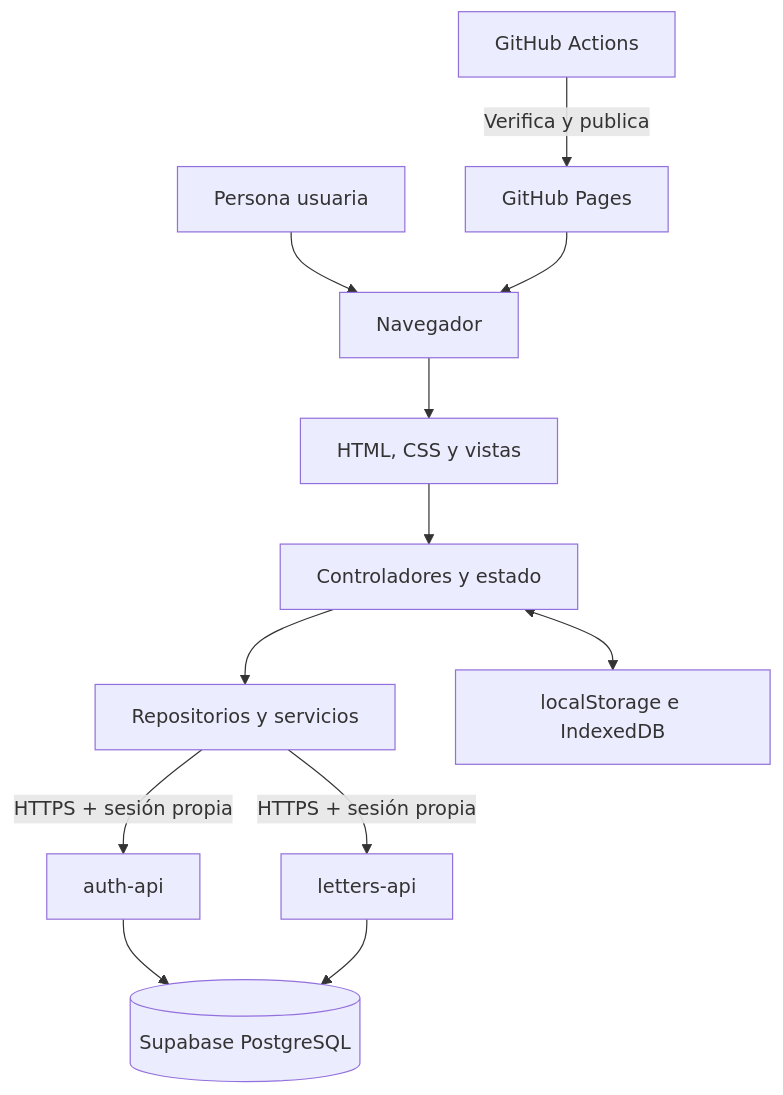
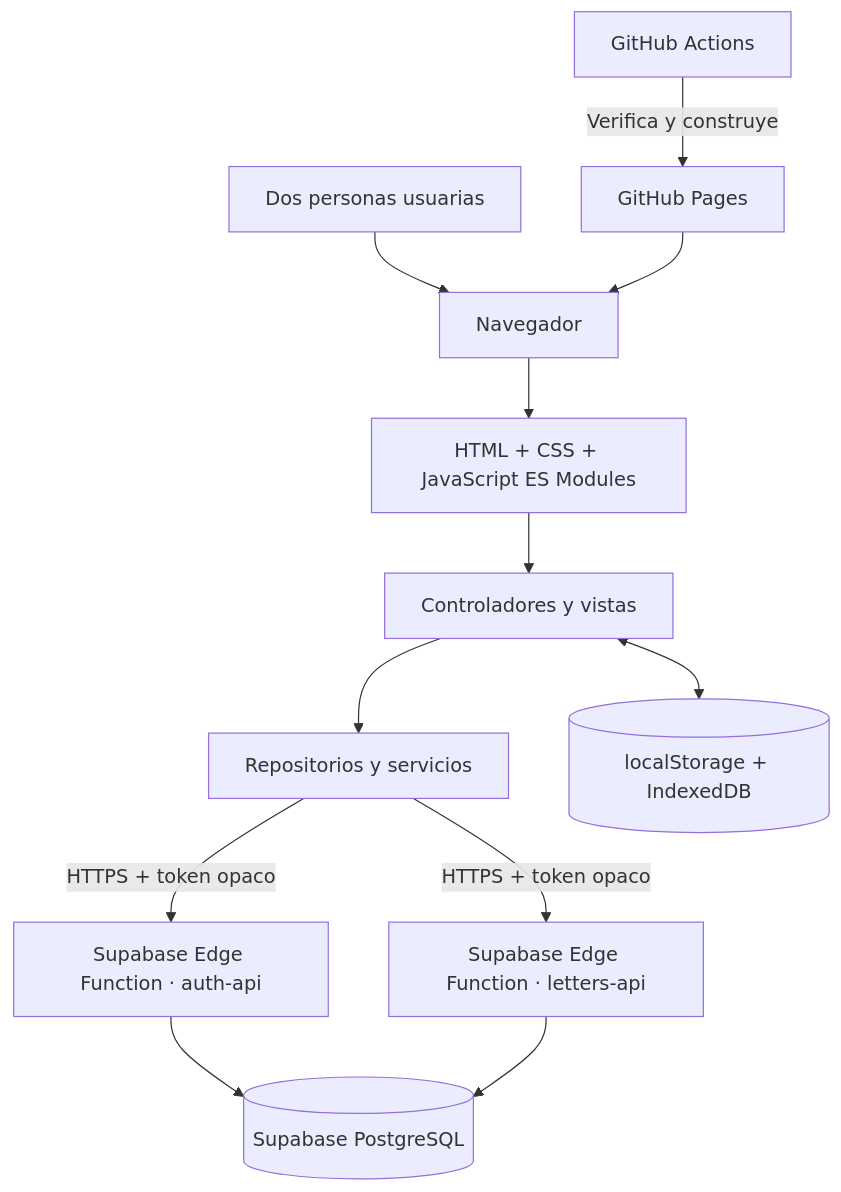
One commit to DeividD11/Nuestro-rincon changed the diagram in README.md. Above: the diagram before and after it, drawn with Mermaid. The commit also changed other lines of this file and 90 other files, not shown here.

````diff
--- a/README.md
+++ b/README.md
@@ -134,14 +174,14 @@
 ```mermaid
 flowchart TD
-    U[Persona usuaria] --> B[Navegador]
-    B --> V[HTML, CSS y vistas]
-    V --> C[Controladores y estado]
-    C --> R[Repositorios y servicios]
-    R -->|HTTPS + sesión propia| E1[auth-api]
-    R -->|HTTPS + sesión propia| E2[letters-api]
-    E1 --> DB[(Supabase PostgreSQL)]
-    E2 --> DB
-    C <--> L[localStorage e IndexedDB]
-    GH[GitHub Actions] -->|Verifica y publica| P[GitHub Pages]
-    P --> B
+    USER[Dos personas usuarias] --> WEB[Navegador]
+    WEB --> HTML[HTML + CSS + JavaScript ES Modules]
+    HTML --> MVC[Controladores y vistas]
+    MVC --> SERVICES[Repositorios y servicios]
+    SERVICES -->|HTTPS + token opaco| AUTH[Supabase Edge Function · auth-api]
+    SERVICES -->|HTTPS + token opaco| LETTERS[Supabase Edge Function · letters-api]
+    AUTH --> DB[(Supabase PostgreSQL)]
+    LETTERS --> DB
+    MVC <--> LOCAL[(localStorage + IndexedDB)]
+    ACTIONS[GitHub Actions] -->|Verifica y construye| SITE[GitHub Pages]
+    SITE --> WEB
 ```
````
